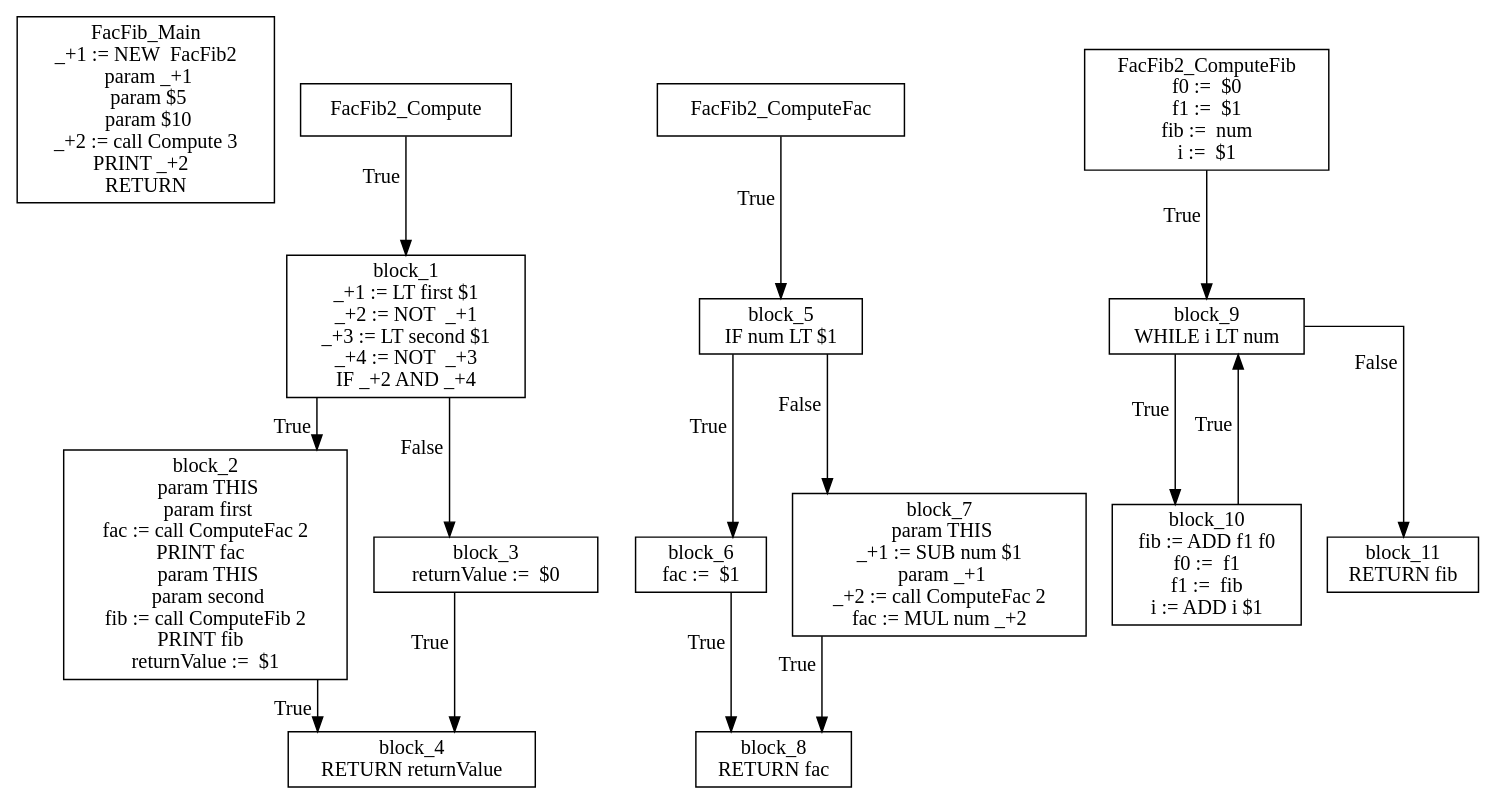
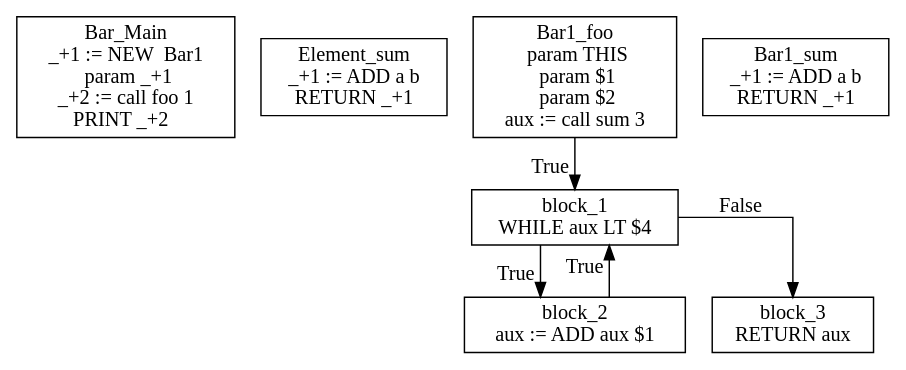
The diagram in IR.dot (AvanaPY/DV1655_Lab1), drawn with Graphviz before and after one commit. The commit also changed 4 other files, not shown here.

```diff
--- a/IR.dot
+++ b/IR.dot
@@ -1,33 +1,15 @@
 digraph {
   graph [splines=ortho]
   node [shape=box]
-  FacFib_Main [label="FacFib_Main\n_+1 := NEW  FacFib2\n  param _+1\n  param $5\n  param $10\n_+2 := call Compute 3\nPRINT _+2  \nRETURN \n"];
-  FacFib2_Compute [label="FacFib2_Compute\n"];
-  FacFib2_Compute -> block_1[xlabel="True"];
-  block_1 [label="block_1\n_+1 := LT first $1\n_+2 := NOT  _+1\n_+3 := LT second $1\n_+4 := NOT  _+3\nIF _+2 AND _+4\n"];
+  Bar_Main [label="Bar_Main\n_+1 := NEW  Bar1\n  param _+1\n_+2 := call foo 1\nPRINT _+2  \n"];
+  Element_sum [label="Element_sum\n_+1 := ADD a b\nRETURN _+1\n"];
+  Bar1_foo [label="Bar1_foo\n  param THIS\n  param $1\n  param $2\naux := call sum 3\n"];
+  Bar1_foo -> block_1[xlabel="True"];
+  block_1 [label="block_1\nWHILE aux LT $4\n"];
   block_1 -> block_2[xlabel="True"];
-  block_2 [label="block_2\n  param THIS\n  param first\nfac := call ComputeFac 2\nPRINT fac  \n  param THIS\n  param second\nfib := call ComputeFib 2\nPRINT fib  \nreturnValue :=  $1 \n"];
-  block_2 -> block_4[xlabel="True"];
-  block_4 [label="block_4\nRETURN returnValue\n"];
+  block_2 [label="block_2\naux := ADD aux $1\n"];
+  block_2 -> block_1[xlabel="True"];
   block_1 -> block_3[xlabel="False"];
-  block_3 [label="block_3\nreturnValue :=  $0 \n"];
-  block_3 -> block_4[xlabel="True"];
-  FacFib2_ComputeFac [label="FacFib2_ComputeFac\n"];
-  FacFib2_ComputeFac -> block_5[xlabel="True"];
-  block_5 [label="block_5\nIF num LT $1\n"];
-  block_5 -> block_6[xlabel="True"];
-  block_6 [label="block_6\nfac :=  $1 \n"];
-  block_6 -> block_8[xlabel="True"];
-  block_8 [label="block_8\nRETURN fac\n"];
-  block_5 -> block_7[xlabel="False"];
-  block_7 [label="block_7\n  param THIS\n_+1 := SUB num $1\n  param _+1\n_+2 := call ComputeFac 2\nfac := MUL num _+2\n"];
-  block_7 -> block_8[xlabel="True"];
-  FacFib2_ComputeFib [label="FacFib2_ComputeFib\nf0 :=  $0 \nf1 :=  $1 \nfib :=  num \ni :=  $1 \n"];
-  FacFib2_ComputeFib -> block_9[xlabel="True"];
-  block_9 [label="block_9\nWHILE i LT num\n"];
-  block_9 -> block_10[xlabel="True"];
-  block_10 [label="block_10\nfib := ADD f1 f0\nf0 :=  f1 \nf1 :=  fib \ni := ADD i $1\n"];
-  block_10 -> block_9[xlabel="True"];
-  block_9 -> block_11[xlabel="False"];
-  block_11 [label="block_11\nRETURN fib\n"];
+  block_3 [label="block_3\nRETURN aux\n"];
+  Bar1_sum [label="Bar1_sum\n_+1 := ADD a b\nRETURN _+1\n"];
 }
```
